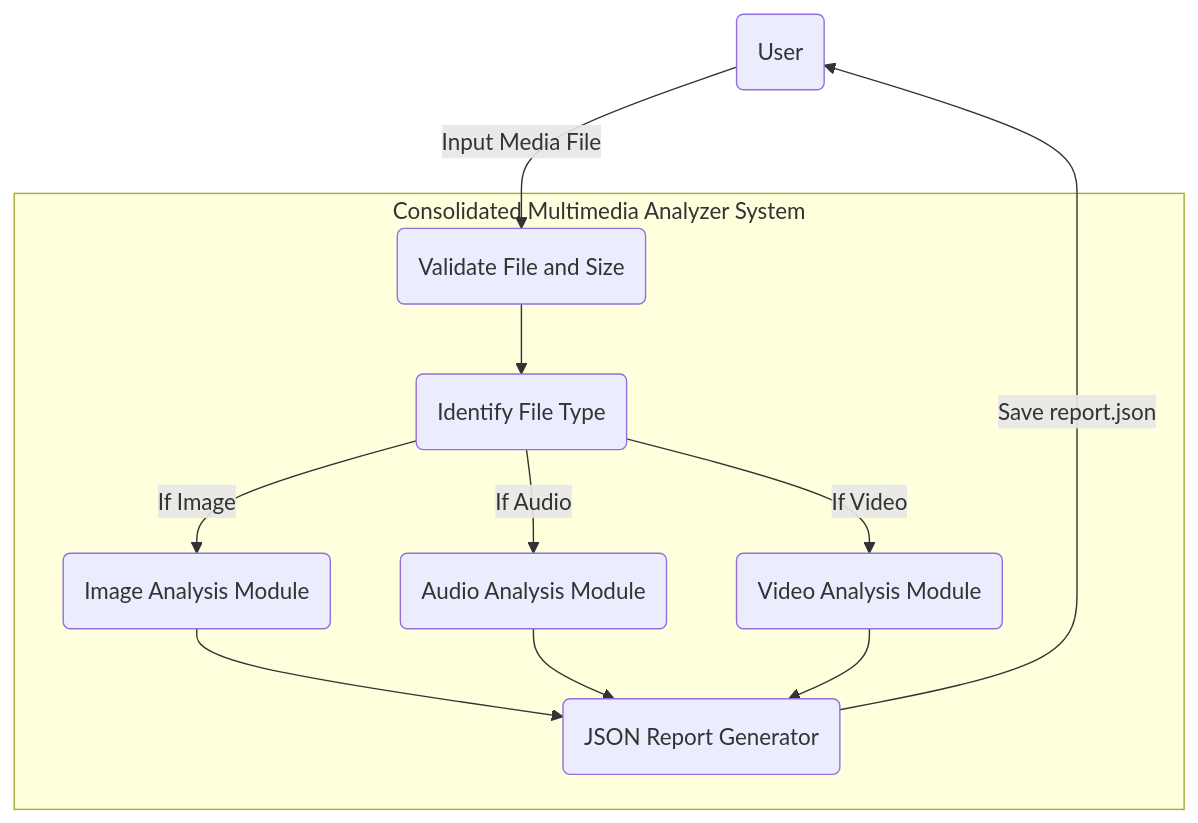
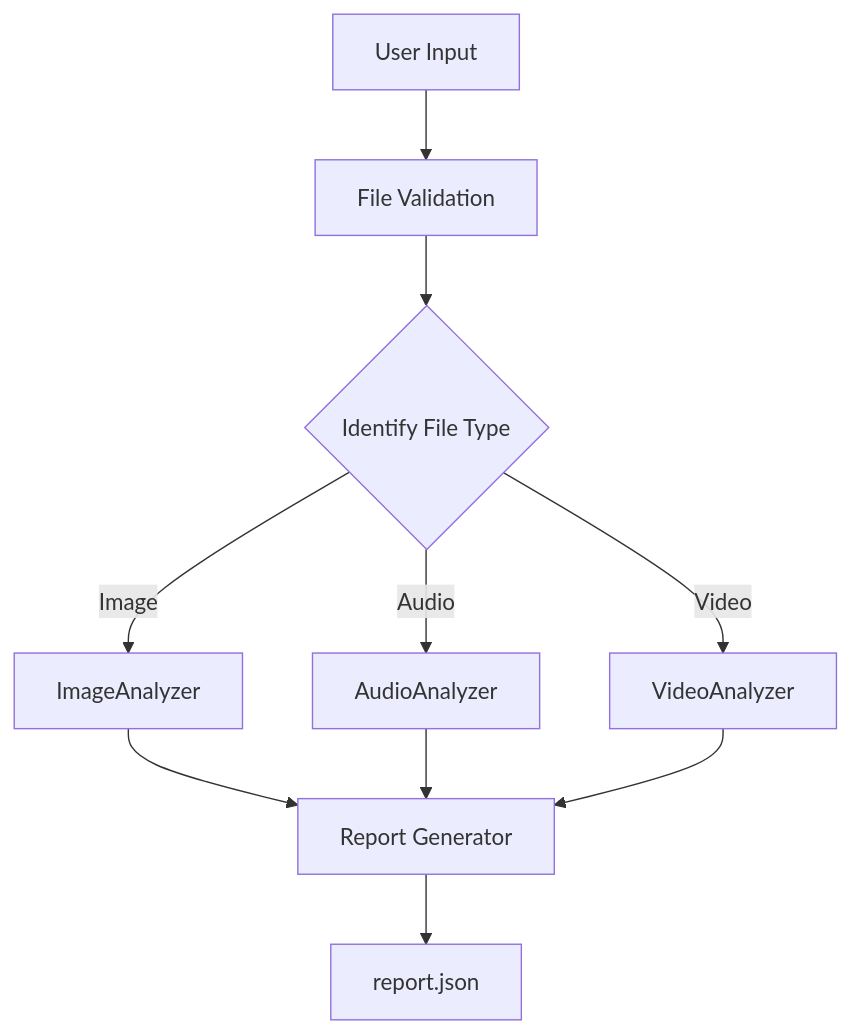
Before and after one commit to animishraa05/final-Multimedia: the diagram in README.md, drawn with Mermaid. The commit also changed other lines of this file and 4 other files, not shown here.

Commit message:
fix: add all sample files, fix gitignore, rewrite README with working mermaid

````diff
--- a/README.md
+++ b/README.md
@@ -27,28 +48,12 @@
 ```mermaid
 graph TD
-    User(User)
-    
-    subgraph CMA [Consolidated Multimedia Analyzer System]
-        Validate(Validate File and Size)
-        Identify(Identify File Type)
-        
-        ImgAnalyzer(Image Analysis Module)
-        AudAnalyzer(Audio Analysis Module)
-        VidAnalyzer(Video Analysis Module)
-        
-        ReportGen(JSON Report Generator)
-    end
-    
-    User -->|Input Media File| Validate
-    Validate --> Identify
-    
-    Identify -->|If Image| ImgAnalyzer
-    Identify -->|If Audio| AudAnalyzer
-    Identify -->|If Video| VidAnalyzer
-    
-    ImgAnalyzer --> ReportGen
-    AudAnalyzer --> ReportGen
-    VidAnalyzer --> ReportGen
-    
-    ReportGen -->|Save report.json| User
+    A[User Input] --> B[File Validation]
+    B --> C{Identify File Type}
+    C -->|Image| D[ImageAnalyzer]
+    C -->|Audio| E[AudioAnalyzer]
+    C -->|Video| F[VideoAnalyzer]
+    D --> G[Report Generator]
+    E --> G[Report Generator]
+    F --> G[Report Generator]
+    G --> H[report.json]
 ```
````
